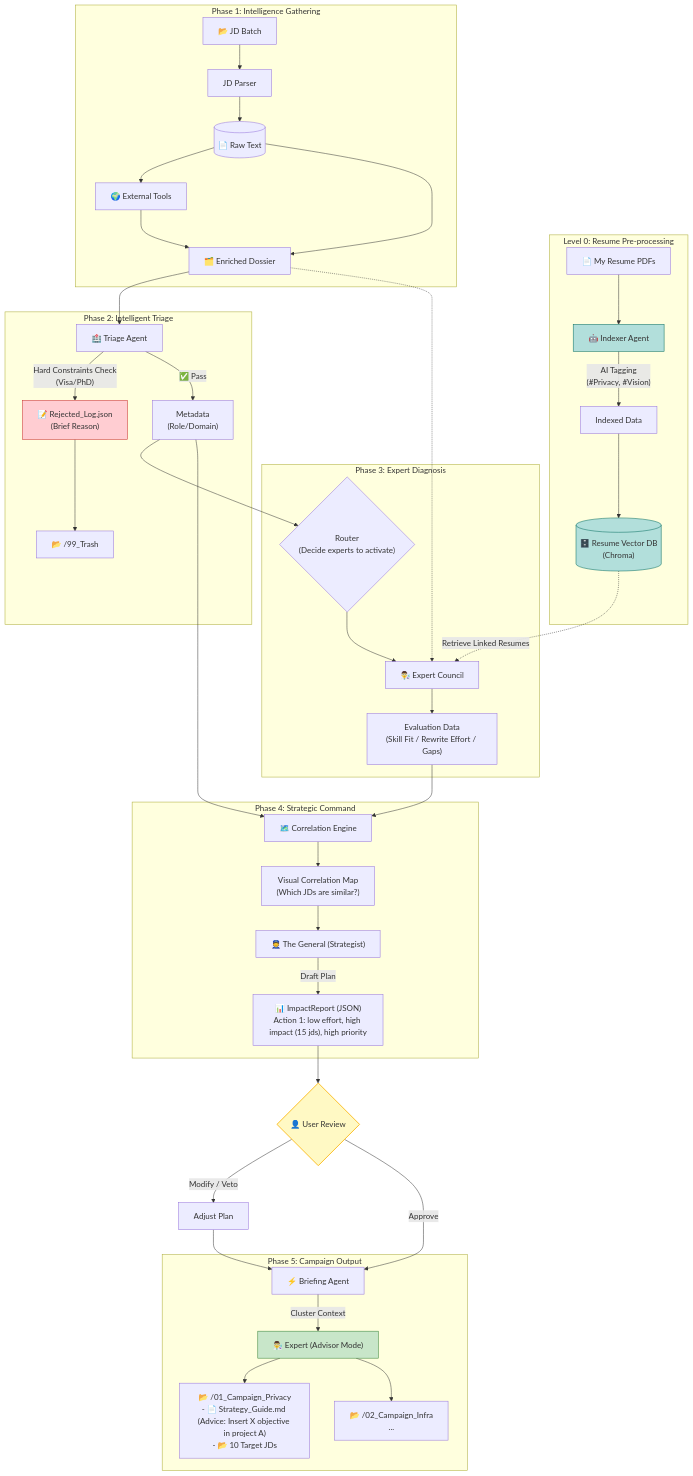
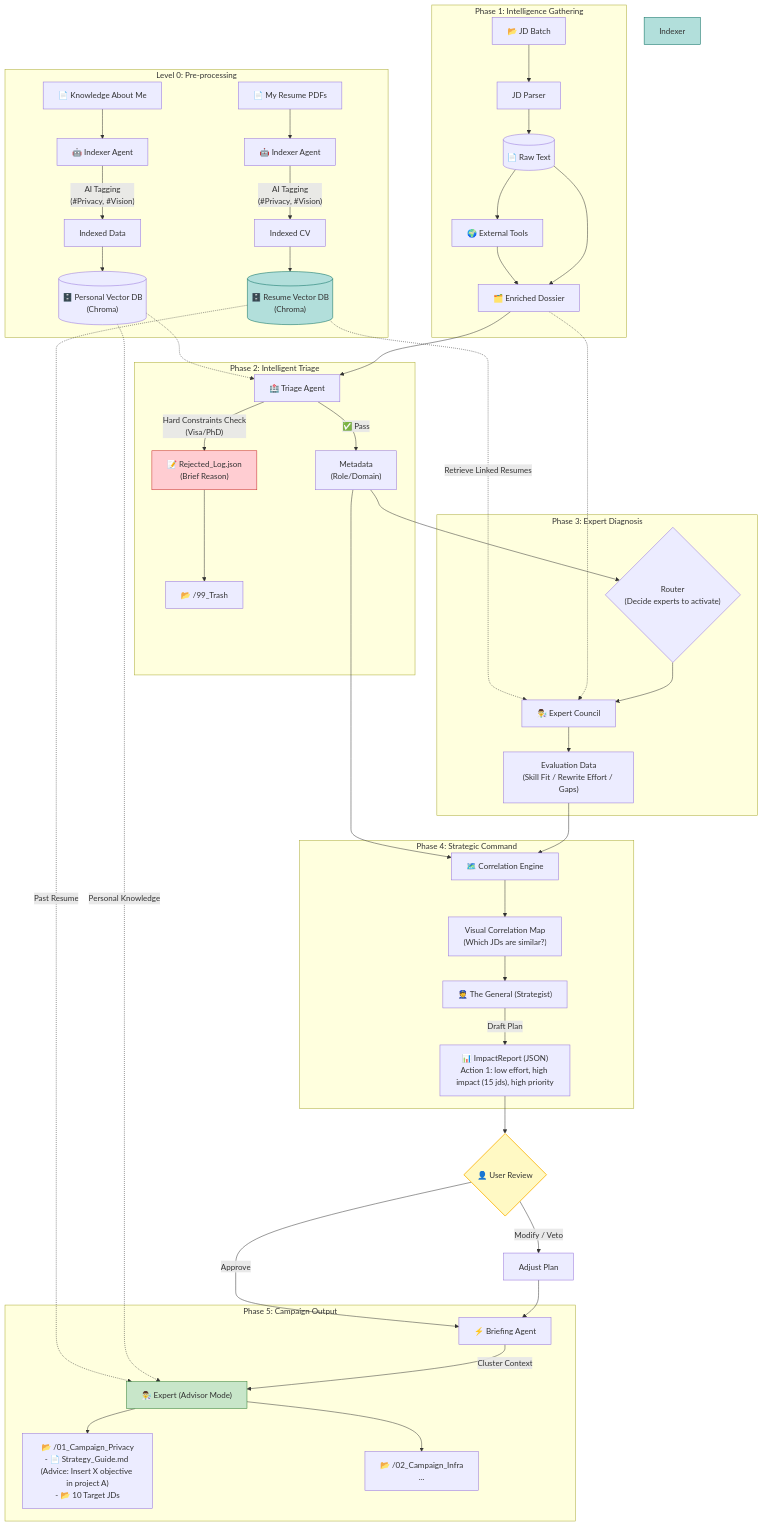
The diagram in README.md (WangWeiCheng-TJ/Agentic-Career-Orchestrator), drawn with Mermaid before and after one commit. The commit also changed other lines of this file and 13 other files, not shown here.

Commit message:
refactor: update README to clarify pre-processing steps, enhance data ingestion instructions, and remove deprecated ingest scripts; add new utility functions for JSON handling in agent processing; refine databases, update readme with v2.1

```diff
--- a/README.md
+++ b/README.md
@@ -58,12 +58,19 @@
     %% LEVEL 0: 履歷軍火庫 (The Arsenal)
     %% 這是獨立運作的預處理流程
     %% ==========================================
-    subgraph "Level 0: Resume Pre-processing"
-        ResPDFs["📄 My Resume PDFs"] --> Indexer["🤖 Indexer Agent"]
+    subgraph "Level 0: Pre-processing"
+        ResPDFs["📄 My Resume PDFs"] --> IndexerCV["🤖 Indexer Agent"]
         
-        Indexer -->|"AI Tagging<br/>(#Privacy, #Vision)"| DB_Entry["Indexed Data"]
-        DB_Entry --> ResumeDB[("🗄️ Resume Vector DB<br/>(Chroma)")]
+        IndexerCV -->|"AI Tagging<br/>(#Privacy, #Vision)"| DB_Entry_CV["Indexed CV"]
+        DB_Entry_CV --> ResumeDB[("🗄️ Resume Vector DB<br/>(Chroma)")]
+
+        AllFiles["📄 Knowledge About Me"] --> IndexerPK["🤖 Indexer Agent"]
+        
+        IndexerPK -->|"AI Tagging<br/>(#Privacy, #Vision)"| DB_Entry_PK["Indexed Data"]
+        DB_Entry_PK --> PersonalDB[("🗄️ Personal Vector DB<br/>(Chroma)")]
     end
+
+    
     
     %% ==========================================
     %% Phase 1: 戰場情報 (Intelligence)
@@ -81,6 +88,7 @@
     %% ==========================================
     subgraph "Phase 2: Intelligent Triage"
         Dossier --> Triage["🏥 Triage Agent"]
+        PersonalDB -.-> Triage["🏥 Triage Agent"]
         
         Triage -- "Hard Constraints Check<br/>(Visa/PhD)" --> RejectLog["📝 Rejected_Log.json<br/>(Brief Reason)"]
         RejectLog --> Bin["📂 /99_Trash"]
@@ -132,6 +140,8 @@
     %% ==========================================
     subgraph "Phase 5: Campaign Output"
         BriefingAgent -->|"Cluster Context"| Advisor["👨‍🔬 Expert (Advisor Mode)"]
+        PersonalDB -.->|"Personal Knowledge"| Advisor["👨‍🔬 Expert (Advisor Mode)"]
+        ResumeDB -.->|"Past Resume"| Advisor["👨‍🔬 Expert (Advisor Mode)"]
         
         Advisor --> OutputA["📂 /01_Campaign_Privacy<br/>- 📄 Strategy_Guide.md (Advice: Insert X objective in project A)<br/>- 📂 10 Target JDs"]
         Advisor --> OutputB["📂 /02_Campaign_Infra<br/>..."]
```
